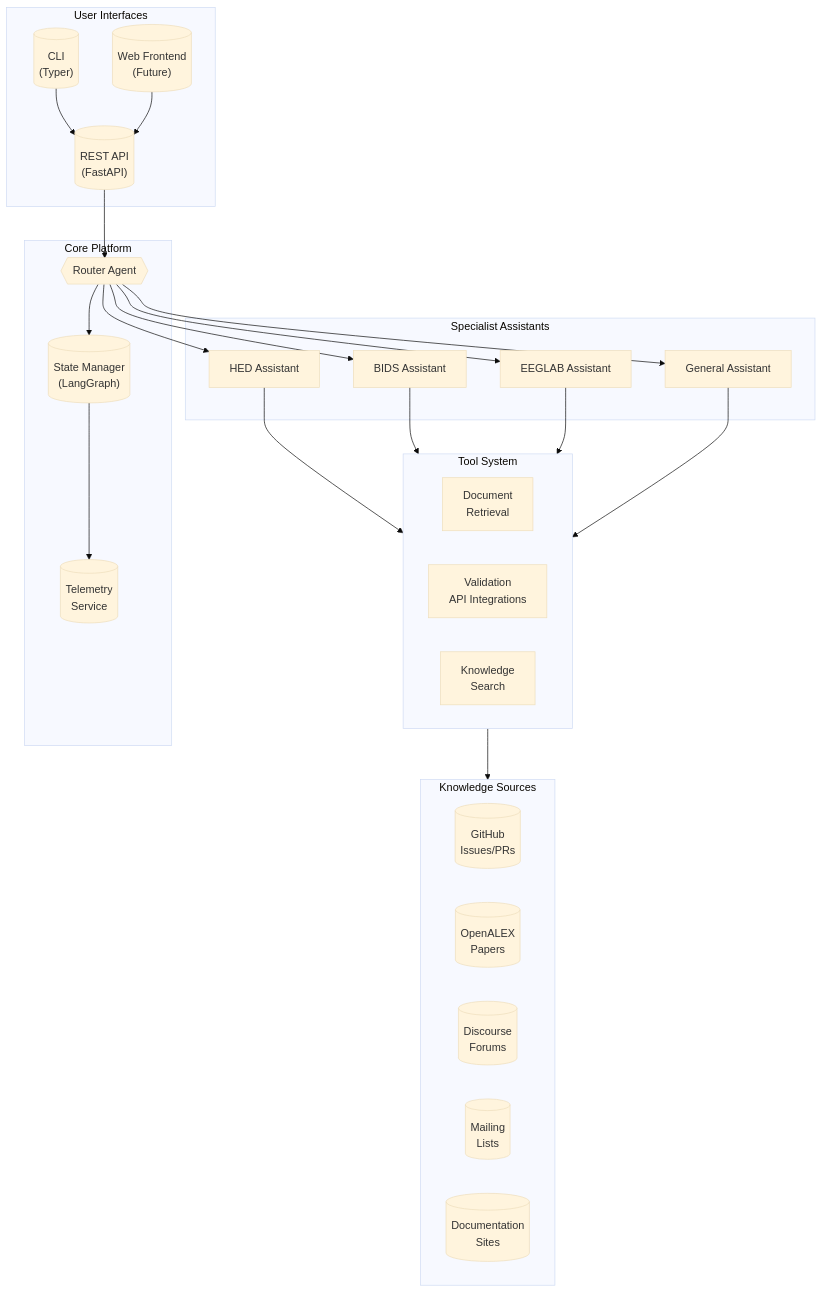
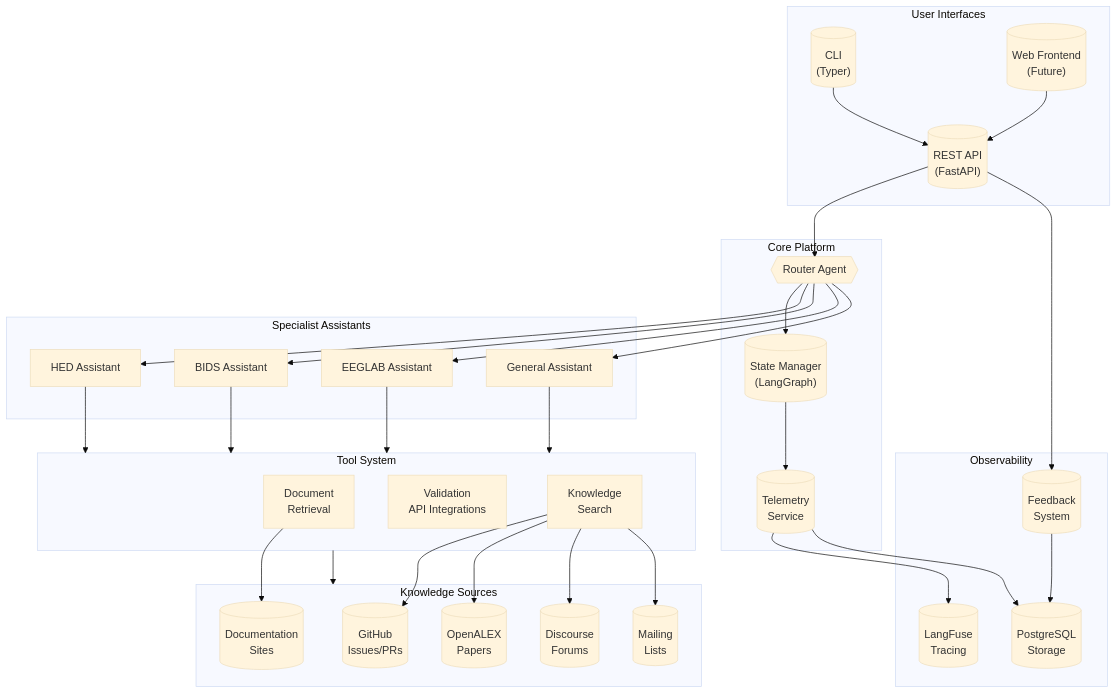
Before and after one commit to OpenScience-Collective/documentation: the first of 8 diagrams in docs/osa/architecture.md, drawn with Mermaid (base theme). The commit also changed other lines of this file and 4 other files, not shown here.

````diff
--- a/docs/osa/architecture.md
+++ b/docs/osa/architecture.md
@@ -7,53 +9,70 @@
 ```mermaid
 flowchart TB
     subgraph Users["User Interfaces"]
         CLI[("CLI<br/>(Typer)")]
         API[("REST API<br/>(FastAPI)")]
         Web[("Web Frontend<br/>(Future)")]
     end
 
     subgraph Core["Core Platform"]
         Router{{"Router Agent"}}
         State[("State Manager<br/>(LangGraph)")]
         Telemetry[("Telemetry<br/>Service")]
     end
 
     subgraph Assistants["Specialist Assistants"]
         HED["HED Assistant"]
         BIDS["BIDS Assistant"]
         EEGLAB["EEGLAB Assistant"]
         General["General Assistant"]
     end
 
     subgraph Tools["Tool System"]
         DocRetrieval["Document<br/>Retrieval"]
         Validation["Validation<br/>API Integrations"]
         Search["Knowledge<br/>Search"]
     end
 
     subgraph Knowledge["Knowledge Sources"]
         GitHub[("GitHub<br/>Issues/PRs")]
         OpenALEX[("OpenALEX<br/>Papers")]
         Discourse[("Discourse<br/>Forums")]
         MailingLists[("Mailing<br/>Lists")]
         Docs[("Documentation<br/>Sites")]
     end
 
+    subgraph Observability["Observability"]
+        LangFuse[("LangFuse<br/>Tracing")]
+        Feedback[("Feedback<br/>System")]
+        DB[("PostgreSQL<br/>Storage")]
+    end
+
     CLI --> API
     Web --> API
     API --> Router
     Router --> State
     State --> Telemetry
 
     Router --> HED
     Router --> BIDS
     Router --> EEGLAB
     Router --> General
 
     HED --> Tools
     BIDS --> Tools
     EEGLAB --> Tools
     General --> Tools
 
     Tools --> Knowledge
+
+    DocRetrieval --> Docs
+    Search --> GitHub
+    Search --> OpenALEX
+    Search --> Discourse
+    Search --> MailingLists
+
+    Telemetry --> LangFuse
+    Telemetry --> DB
+    API --> Feedback
+    Feedback --> DB
 ```
````
